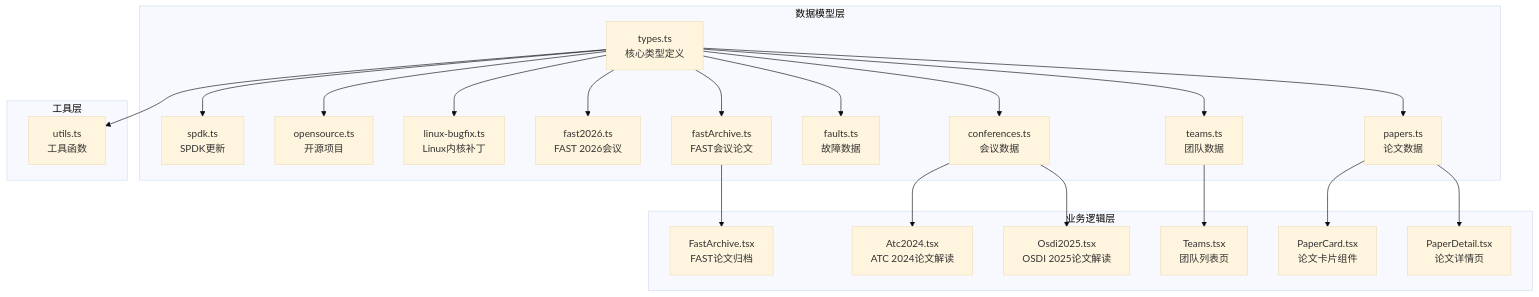
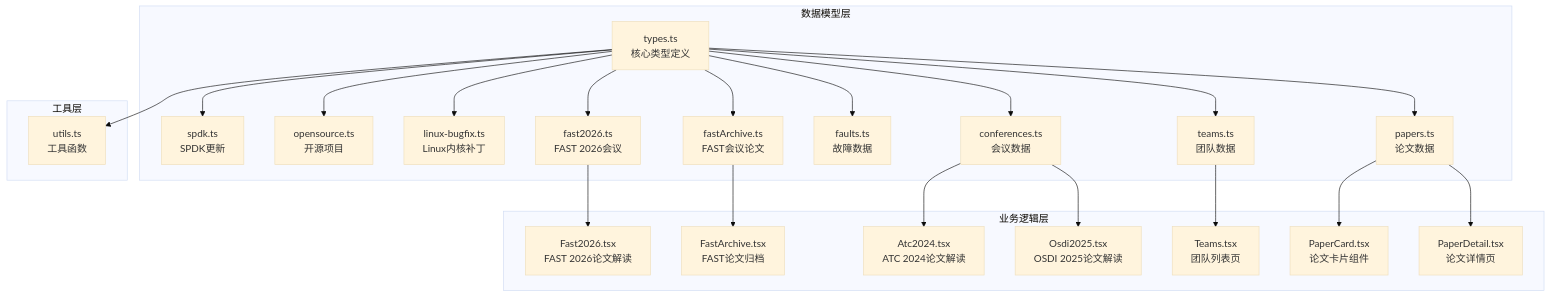
The first of 18 diagrams in .qoder/repowiki/zh/content/数据模型/数据模型.md (erikliu123/storage_ai_blog), drawn with Mermaid (base theme) before and after one commit. The commit also changed other lines of this file and 61 other files, not shown here.

````diff
--- a/.qoder/repowiki/zh/content/数据模型/数据模型.md
+++ b/.qoder/repowiki/zh/content/数据模型/数据模型.md
@@ -53,42 +57,44 @@
 ```mermaid
 graph TB
 subgraph "数据模型层"
 A[types.ts<br/>核心类型定义]
 B[papers.ts<br/>论文数据]
 C[teams.ts<br/>团队数据]
 D[conferences.ts<br/>会议数据]
 E[faults.ts<br/>故障数据]
 F[fastArchive.ts<br/>FAST会议论文]
 G[fast2026.ts<br/>FAST 2026会议]
 H[linux-bugfix.ts<br/>Linux内核补丁]
 I[opensource.ts<br/>开源项目]
 J[spdk.ts<br/>SPDK更新]
 end
 subgraph "业务逻辑层"
 K[PaperDetail.tsx<br/>论文详情页]
 L[Teams.tsx<br/>团队列表页]
 M[PaperCard.tsx<br/>论文卡片组件]
 N[FastArchive.tsx<br/>FAST论文归档]
-O[Osdi2025.tsx<br/>OSDI 2025论文解读]
-P[Atc2024.tsx<br/>ATC 2024论文解读]
+O[Fast2026.tsx<br/>FAST 2026论文解读]
+P[Osdi2025.tsx<br/>OSDI 2025论文解读]
+Q[Atc2024.tsx<br/>ATC 2024论文解读]
 end
 subgraph "工具层"
-Q[utils.ts<br/>工具函数]
+R[utils.ts<br/>工具函数]
 end
 A --> B
 A --> C
 A --> D
 A --> E
 A --> F
 A --> G
 A --> H
 A --> I
 A --> J
 B --> K
 C --> L
 B --> M
 F --> N
-D --> O
+G --> O
 D --> P
-A --> Q
+D --> Q
+A --> R
 ```
````
